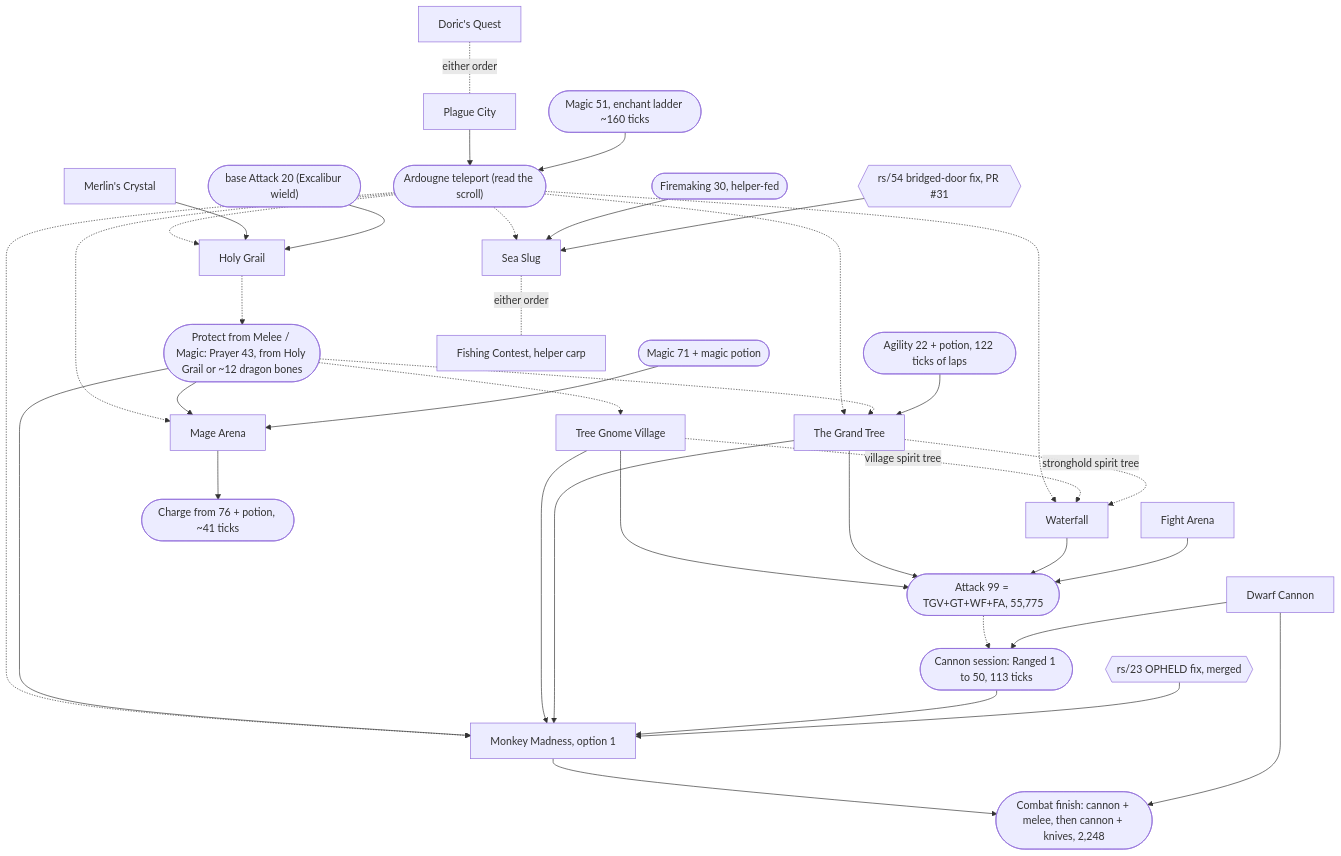
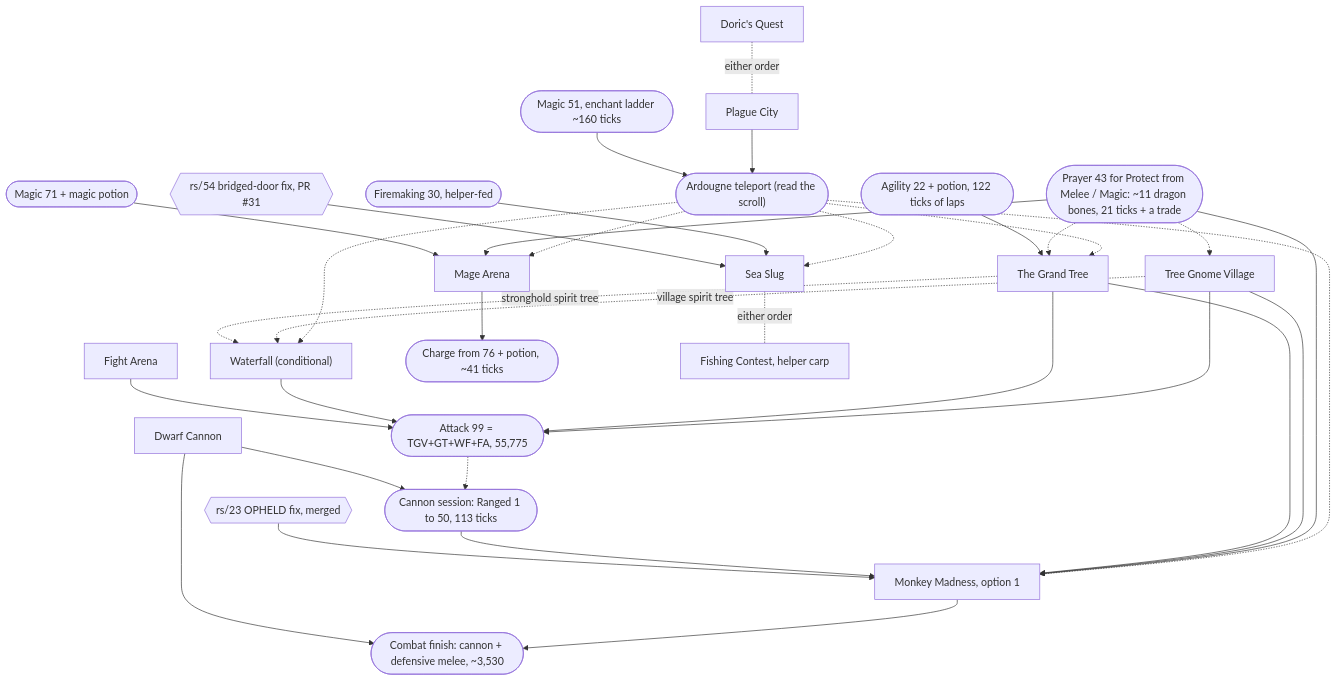
One commit to bleugreen/rs-sdk changed the first of 2 diagrams in docs/speedrun/quests/README.md. Above: the diagram before and after it, drawn with Mermaid. The commit also changed other lines of this file, not shown here.

Commit message:
[Build] docs(quests): README: drop Merlin's Crystal + Holy Grail, recompute totals and the MM scenario without Holy Grail's Defence

````diff
--- a/docs/speedrun/quests/README.md
+++ b/docs/speedrun/quests/README.md
@@ -63,66 +60,59 @@
 ```mermaid
 flowchart TD
   M51(["Magic 51, enchant ladder ~160 ticks"])
   FM30(["Firemaking 30, helper-fed"])
-  A20(["base Attack 20 (Excalibur wield)"])
   AGI(["Agility 22 + potion, 122 ticks of laps"])
+  PRAY(["Prayer 43 for Protect from Melee / Magic: ~11 dragon bones, 21 ticks + a trade"])
   DOR["Doric's Quest"]
   PC["Plague City"]
   TELE(["Ardougne teleport (read the scroll)"])
-  MC["Merlin's Crystal"]
-  HG["Holy Grail"]
-  PRAY(["Protect from Melee / Magic: Prayer 43, from Holy Grail or ~12 dragon bones"])
   TGV["Tree Gnome Village"]
   GT["The Grand Tree"]
-  WF["Waterfall"]
+  WF["Waterfall (conditional)"]
   FA["Fight Arena"]
   ATK(["Attack 99 = TGV+GT+WF+FA, 55,775"])
   DC["Dwarf Cannon"]
   CAN(["Cannon session: Ranged 1 to 50, 113 ticks"])
   RS23{{"rs/23 OPHELD fix, merged"}}
   MM["Monkey Madness, option 1"]
   M71(["Magic 71 + magic potion"])
   MA["Mage Arena"]
   CH(["Charge from 76 + potion, ~41 ticks"])
   RS54{{"rs/54 bridged-door fix, PR #31"}}
   SS["Sea Slug"]
   FC["Fishing Contest, helper carp"]
-  FIN(["Combat finish: cannon + melee, then cannon + knives, 2,248"])
+  FIN(["Combat finish: cannon + defensive melee, ~3,530"])
 
   PC --> TELE
   M51 --> TELE
-  TELE -.-> HG
   TELE -.-> GT
   TELE -.-> WF
   TELE -.-> MM
   TELE -.-> MA
   TELE -.-> SS
-  MC --> HG
-  A20 --> HG
-  HG -.-> PRAY
   PRAY -.-> TGV
   PRAY -.-> GT
   PRAY --> MM
   PRAY --> MA
   AGI --> GT
   TGV --> MM
   GT --> MM
   TGV -. village spirit tree .-> WF
   GT -. stronghold spirit tree .-> WF
   TGV --> ATK
   GT --> ATK
   WF --> ATK
   FA --> ATK
   ATK -.-> CAN
   DC --> CAN
   CAN --> MM
   RS23 --> MM
   M71 --> MA
   MA --> CH
   FM30 --> SS
   RS54 --> SS
   SS -. either order .- FC
   MM --> FIN
   DC --> FIN
   DOR -. either order .- PC
 ```
````
